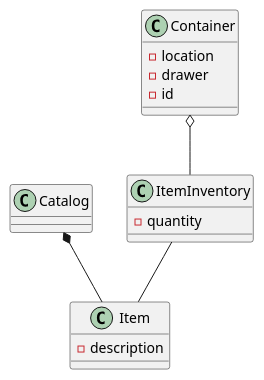
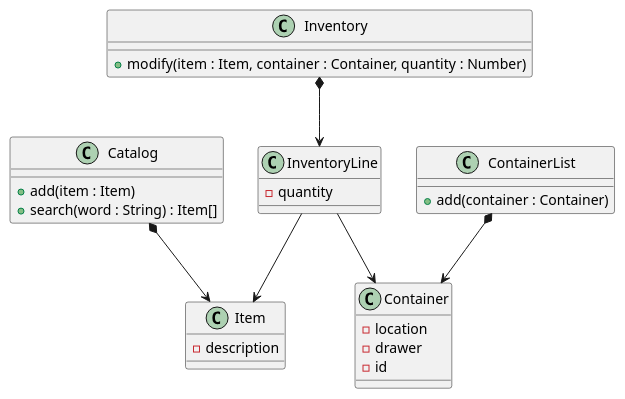
The diagram in docs/classes.puml (IEPSCF-Uccle-PROJWEB2-S1-2021/fablab-components), drawn with PlantUML before and after one commit.

Commit message:
Adapt class diagram.

```diff
--- a/docs/classes.puml
+++ b/docs/classes.puml
@@ -1,17 +1,29 @@
 @startuml classes
-class Catalog
+class Catalog {
+  + add(item : Item)
+  + search(word : String) : Item[]
+}
 class Item {
   -description
+}
+class ContainerList {
+  + add(container : Container)
 }
 class Container {
   -location
   -drawer
   -id
 }
-class ItemInventory {
+class Inventory {
+  + modify(item : Item, container : Container, quantity : Number)
+}
+class InventoryLine {
   -quantity
 }
-Catalog *-- Item
-Container o-- ItemInventory
-ItemInventory -- Item
+
+Catalog *--> Item
+ContainerList *--> Container
+Inventory *--> InventoryLine
+InventoryLine --> Container
+InventoryLine --> Item
 @enduml
```
